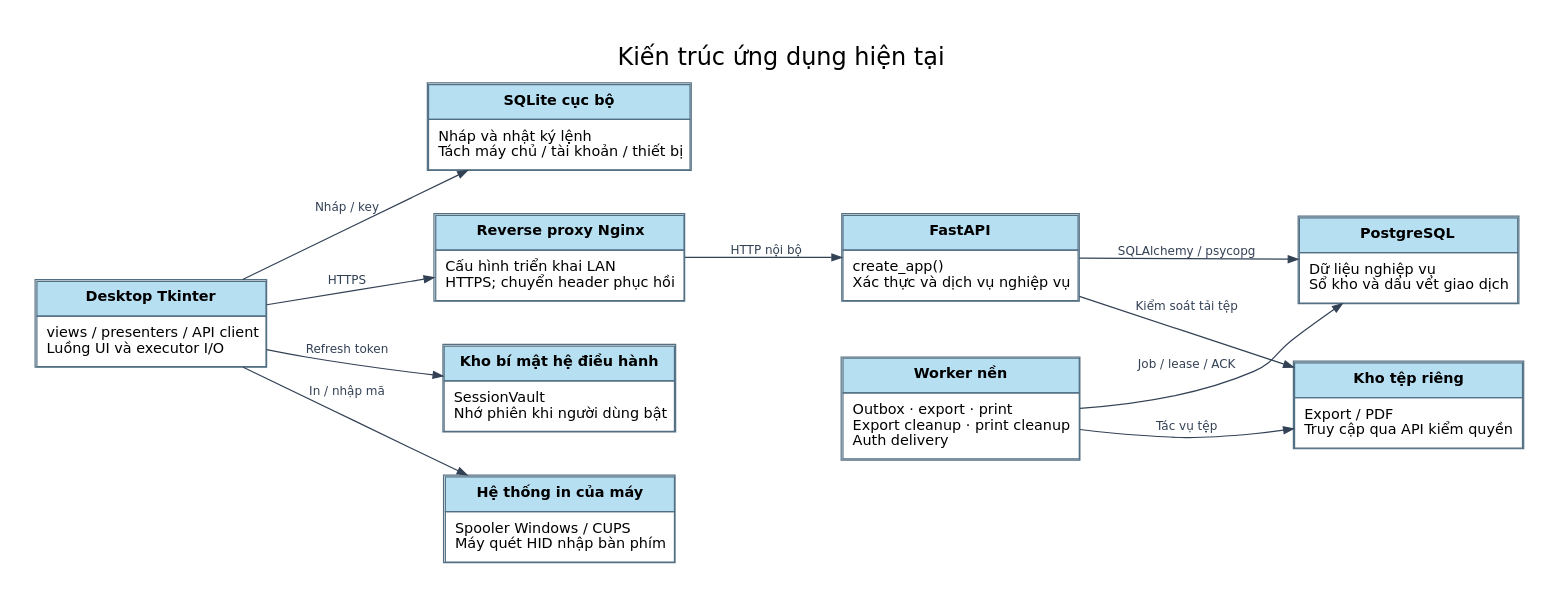
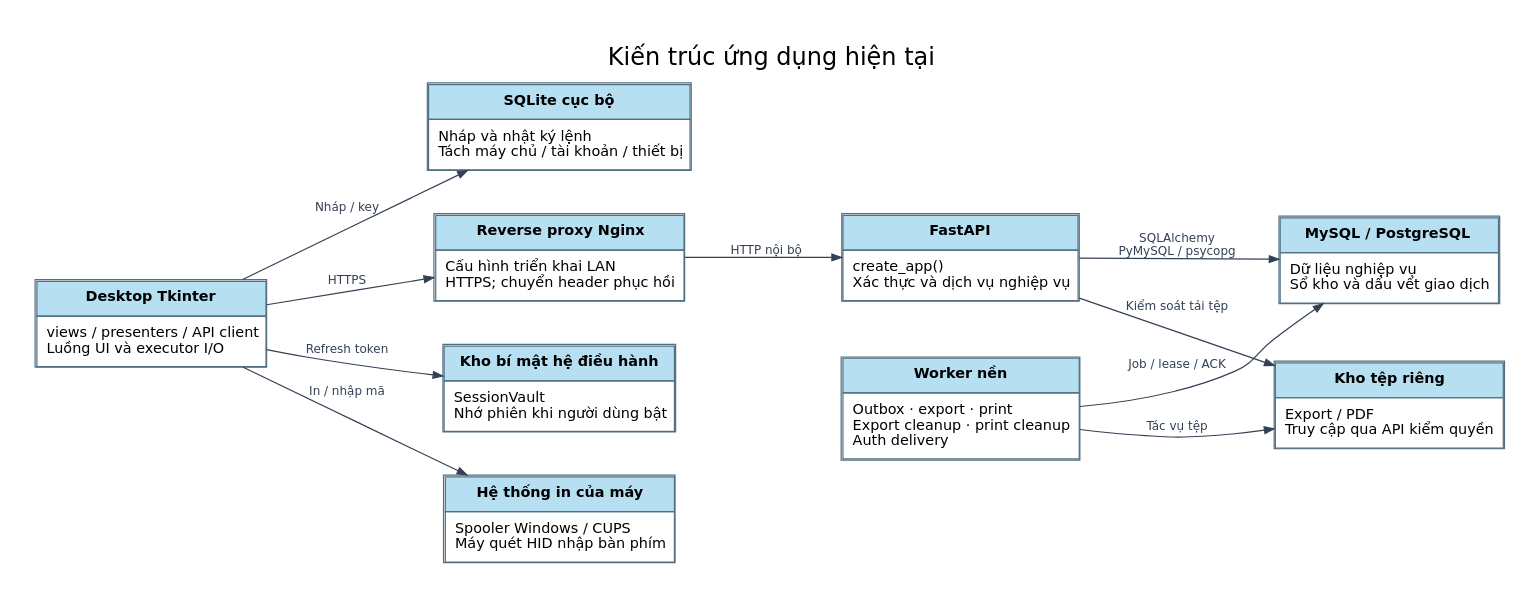
Before and after one commit to KyotaFill/KWS: the diagram in 03_So_do/Hien_hanh/dot/ARCHITECTURE.dot, drawn with Graphviz. The commit also changed 68 other files, not shown here.

```diff
--- a/03_So_do/Hien_hanh/dot/ARCHITECTURE.dot
+++ b/03_So_do/Hien_hanh/dot/ARCHITECTURE.dot
@@ -1,24 +1,24 @@
 digraph KWS {
 graph [rankdir=LR, bgcolor="white", nodesep=.5, ranksep=.9, pad=.3];
 node [shape=plain, fontname="DejaVu Sans", fontsize=12];
 edge [fontname="DejaVu Sans", fontsize=10, color="#334155", fontcolor="#334155", arrowsize=.8];
 label=<<TABLE BORDER="0" CELLBORDER="0" CELLPADDING="3"><TR><TD><FONT POINT-SIZE="20">Kiến trúc ứng dụng hiện tại</FONT></TD></TR></TABLE>>; labelloc=t; fontname="DejaVu Sans"; fontsize=16;
 "desktop" [label=<<TABLE BORDER="1" CELLBORDER="1" CELLSPACING="0" CELLPADDING="7" COLOR="#526f83"><TR><TD BGCOLOR="#b7dff2"><B>Desktop Tkinter</B></TD></TR><TR><TD ALIGN="LEFT" BALIGN="LEFT">views / presenters / API client<BR ALIGN="LEFT"/>Luồng UI và executor I/O</TD></TR></TABLE>>];
 "local" [label=<<TABLE BORDER="1" CELLBORDER="1" CELLSPACING="0" CELLPADDING="7" COLOR="#526f83"><TR><TD BGCOLOR="#b7dff2"><B>SQLite cục bộ</B></TD></TR><TR><TD ALIGN="LEFT" BALIGN="LEFT">Nháp và nhật ký lệnh<BR ALIGN="LEFT"/>Tách máy chủ / tài khoản / thiết bị</TD></TR></TABLE>>];
 "proxy" [label=<<TABLE BORDER="1" CELLBORDER="1" CELLSPACING="0" CELLPADDING="7" COLOR="#526f83"><TR><TD BGCOLOR="#b7dff2"><B>Reverse proxy Nginx</B></TD></TR><TR><TD ALIGN="LEFT" BALIGN="LEFT">Cấu hình triển khai LAN<BR ALIGN="LEFT"/>HTTPS; chuyển header phục hồi</TD></TR></TABLE>>];
 "api" [label=<<TABLE BORDER="1" CELLBORDER="1" CELLSPACING="0" CELLPADDING="7" COLOR="#526f83"><TR><TD BGCOLOR="#b7dff2"><B>FastAPI</B></TD></TR><TR><TD ALIGN="LEFT" BALIGN="LEFT">create_app()<BR ALIGN="LEFT"/>Xác thực và dịch vụ nghiệp vụ</TD></TR></TABLE>>];
-"db" [label=<<TABLE BORDER="1" CELLBORDER="1" CELLSPACING="0" CELLPADDING="7" COLOR="#526f83"><TR><TD BGCOLOR="#b7dff2"><B>PostgreSQL</B></TD></TR><TR><TD ALIGN="LEFT" BALIGN="LEFT">Dữ liệu nghiệp vụ<BR ALIGN="LEFT"/>Sổ kho và dấu vết giao dịch</TD></TR></TABLE>>];
+"db" [label=<<TABLE BORDER="1" CELLBORDER="1" CELLSPACING="0" CELLPADDING="7" COLOR="#526f83"><TR><TD BGCOLOR="#b7dff2"><B>MySQL / PostgreSQL</B></TD></TR><TR><TD ALIGN="LEFT" BALIGN="LEFT">Dữ liệu nghiệp vụ<BR ALIGN="LEFT"/>Sổ kho và dấu vết giao dịch</TD></TR></TABLE>>];
 "workers" [label=<<TABLE BORDER="1" CELLBORDER="1" CELLSPACING="0" CELLPADDING="7" COLOR="#526f83"><TR><TD BGCOLOR="#b7dff2"><B>Worker nền</B></TD></TR><TR><TD ALIGN="LEFT" BALIGN="LEFT">Outbox · export · print<BR ALIGN="LEFT"/>Export cleanup · print cleanup<BR ALIGN="LEFT"/>Auth delivery</TD></TR></TABLE>>];
 "files" [label=<<TABLE BORDER="1" CELLBORDER="1" CELLSPACING="0" CELLPADDING="7" COLOR="#526f83"><TR><TD BGCOLOR="#b7dff2"><B>Kho tệp riêng</B></TD></TR><TR><TD ALIGN="LEFT" BALIGN="LEFT">Export / PDF<BR ALIGN="LEFT"/>Truy cập qua API kiểm quyền</TD></TR></TABLE>>];
 "vault" [label=<<TABLE BORDER="1" CELLBORDER="1" CELLSPACING="0" CELLPADDING="7" COLOR="#526f83"><TR><TD BGCOLOR="#b7dff2"><B>Kho bí mật hệ điều hành</B></TD></TR><TR><TD ALIGN="LEFT" BALIGN="LEFT">SessionVault<BR ALIGN="LEFT"/>Nhớ phiên khi người dùng bật</TD></TR></TABLE>>];
 "print" [label=<<TABLE BORDER="1" CELLBORDER="1" CELLSPACING="0" CELLPADDING="7" COLOR="#526f83"><TR><TD BGCOLOR="#b7dff2"><B>Hệ thống in của máy</B></TD></TR><TR><TD ALIGN="LEFT" BALIGN="LEFT">Spooler Windows / CUPS<BR ALIGN="LEFT"/>Máy quét HID nhập bàn phím</TD></TR></TABLE>>];
 "desktop" -> "proxy" [label="HTTPS"];
 "proxy" -> "api" [label="HTTP nội bộ"];
-"api" -> "db" [label="SQLAlchemy / psycopg"];
+"api" -> "db" [label="SQLAlchemy\nPyMySQL / psycopg"];
 "desktop" -> "local" [label="Nháp / key"];
 "desktop" -> "vault" [label="Refresh token"];
 "workers" -> "db" [label="Job / lease / ACK"];
 "workers" -> "files" [label="Tác vụ tệp"];
 "api" -> "files" [label="Kiểm soát tải tệp"];
 "desktop" -> "print" [label="In / nhập mã"];
 }
```
